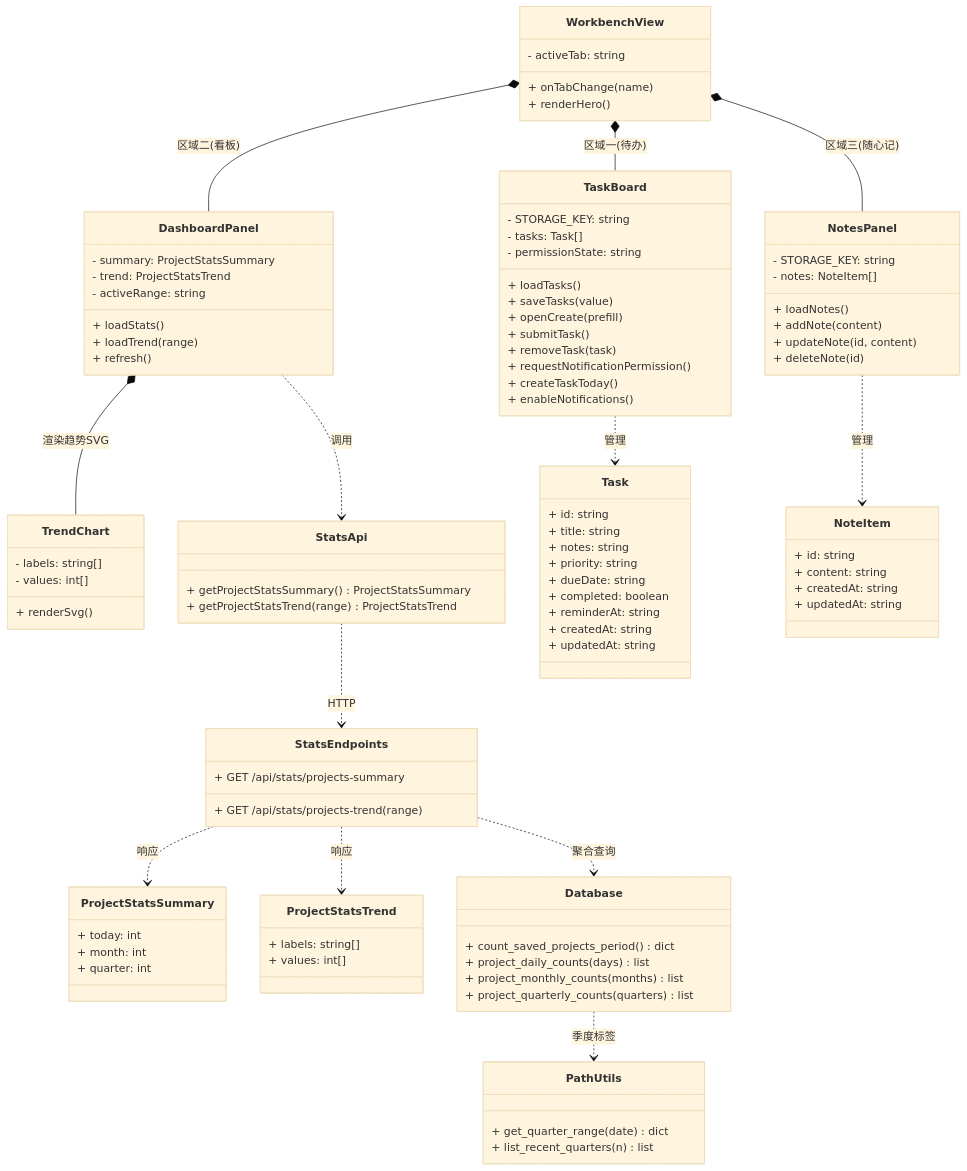
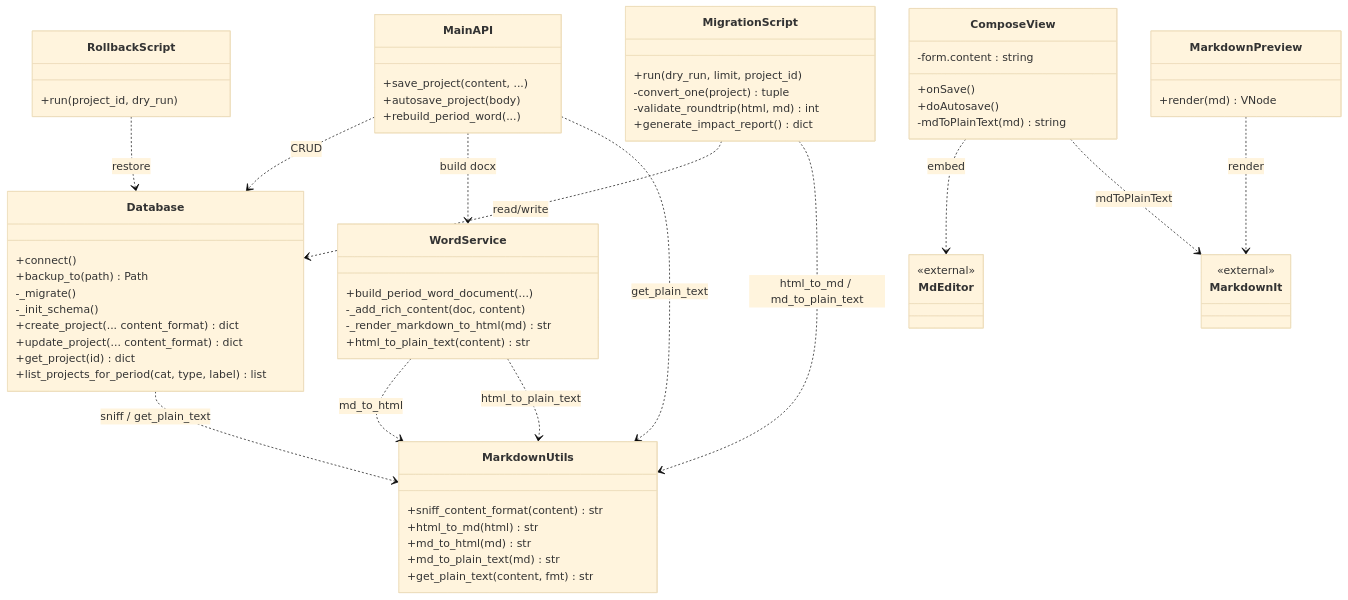
The diagram in docs/class-diagram.mermaid (Copperchaleu/DocumentManagement), drawn with Mermaid (base theme) before and after one commit. The commit also changed 35 other files, not shown here.

First line of the commit message:
feat: Markdown 文档迁移（后端 utils + 迁移/回滚脚本 + 前端预览组件）

```diff
--- a/docs/class-diagram.mermaid
+++ b/docs/class-diagram.mermaid
@@ -1,111 +1,66 @@
 classDiagram
-    direction TB
-
-    class WorkbenchView {
-        - activeTab: string
-        + onTabChange(name)
-        + renderHero()
+    class Database {
+        +connect()
+        +backup_to(path) Path
+        -_migrate()
+        -_init_schema()
+        +create_project(... content_format) dict
+        +update_project(... content_format) dict
+        +get_project(id) dict
+        +list_projects_for_period(cat, type, label) list
+    }
+    class MarkdownUtils {
+        +sniff_content_format(content) str
+        +html_to_md(html) str
+        +md_to_html(md) str
+        +md_to_plain_text(md) str
+        +get_plain_text(content, fmt) str
+    }
+    class WordService {
+        +build_period_word_document(...)
+        -_add_rich_content(doc, content)
+        -_render_markdown_to_html(md) str
+        +html_to_plain_text(content) str
+    }
+    class MainAPI {
+        +save_project(content, ...)
+        +autosave_project(body)
+        +rebuild_period_word(...)
+    }
+    class MigrationScript {
+        +run(dry_run, limit, project_id)
+        -convert_one(project) tuple
+        -validate_roundtrip(html, md) int
+        +generate_impact_report() dict
+    }
+    class RollbackScript {
+        +run(project_id, dry_run)
+    }
+    class ComposeView {
+        -form.content : string
+        +onSave()
+        +doAutosave()
+        -mdToPlainText(md) string
+    }
+    class MarkdownPreview {
+        +render(md) VNode
+    }
+    class MdEditor {
+        <<external>>
+    }
+    class MarkdownIt {
+        <<external>>
     }
 
-    class TaskBoard {
-        - STORAGE_KEY: string
-        - tasks: Task[]
-        - permissionState: string
-        + loadTasks()
-        + saveTasks(value)
-        + openCreate(prefill)
-        + submitTask()
-        + removeTask(task)
-        + requestNotificationPermission()
-        + createTaskToday()
-        + enableNotifications()
-    }
-
-    class DashboardPanel {
-        - summary: ProjectStatsSummary
-        - trend: ProjectStatsTrend
-        - activeRange: string
-        + loadStats()
-        + loadTrend(range)
-        + refresh()
-    }
-
-    class NotesPanel {
-        - STORAGE_KEY: string
-        - notes: NoteItem[]
-        + loadNotes()
-        + addNote(content)
-        + updateNote(id, content)
-        + deleteNote(id)
-    }
-
-    class TrendChart {
-        - labels: string[]
-        - values: int[]
-        + renderSvg()
-    }
-
-    class StatsApi {
-        + getProjectStatsSummary() ProjectStatsSummary
-        + getProjectStatsTrend(range) ProjectStatsTrend
-    }
-
-    class Task {
-        + id: string
-        + title: string
-        + notes: string
-        + priority: string
-        + dueDate: string
-        + completed: boolean
-        + reminderAt: string
-        + createdAt: string
-        + updatedAt: string
-    }
-
-    class NoteItem {
-        + id: string
-        + content: string
-        + createdAt: string
-        + updatedAt: string
-    }
-
-    class ProjectStatsSummary {
-        + today: int
-        + month: int
-        + quarter: int
-    }
-
-    class ProjectStatsTrend {
-        + labels: string[]
-        + values: int[]
-    }
-
-    class Database {
-        + count_saved_projects_period() dict
-        + project_daily_counts(days) list
-        + project_monthly_counts(months) list
-        + project_quarterly_counts(quarters) list
-    }
-
-    class StatsEndpoints {
-        + GET /api/stats/projects-summary
-        + GET /api/stats/projects-trend(range)
-    }
-
-    class PathUtils {
-        + get_quarter_range(date) dict
-        + list_recent_quarters(n) list
-    }
-
-    WorkbenchView *-- TaskBoard : 区域一(待办)
-    WorkbenchView *-- DashboardPanel : 区域二(看板)
-    WorkbenchView *-- NotesPanel : 区域三(随心记)
-    DashboardPanel *-- TrendChart : 渲染趋势SVG
-    DashboardPanel ..> StatsApi : 调用
-    NotesPanel ..> NoteItem : 管理
-    TaskBoard ..> Task : 管理
-    StatsApi ..> StatsEndpoints : HTTP
-    StatsEndpoints ..> Database : 聚合查询
-    StatsEndpoints ..> ProjectStatsSummary : 响应
-    StatsEndpoints ..> ProjectStatsTrend : 响应
-    Database ..> PathUtils : 季度标签
+    Database ..> MarkdownUtils : sniff / get_plain_text
+    MainAPI ..> Database : CRUD
+    MainAPI ..> WordService : build docx
+    MainAPI ..> MarkdownUtils : get_plain_text
+    WordService ..> MarkdownUtils : md_to_html
+    WordService ..> MarkdownUtils : html_to_plain_text
+    MigrationScript ..> Database : read/write
+    MigrationScript ..> MarkdownUtils : html_to_md / md_to_plain_text
+    RollbackScript ..> Database : restore
+    ComposeView ..> MdEditor : embed
+    ComposeView ..> MarkdownIt : mdToPlainText
+    MarkdownPreview ..> MarkdownIt : render
```
